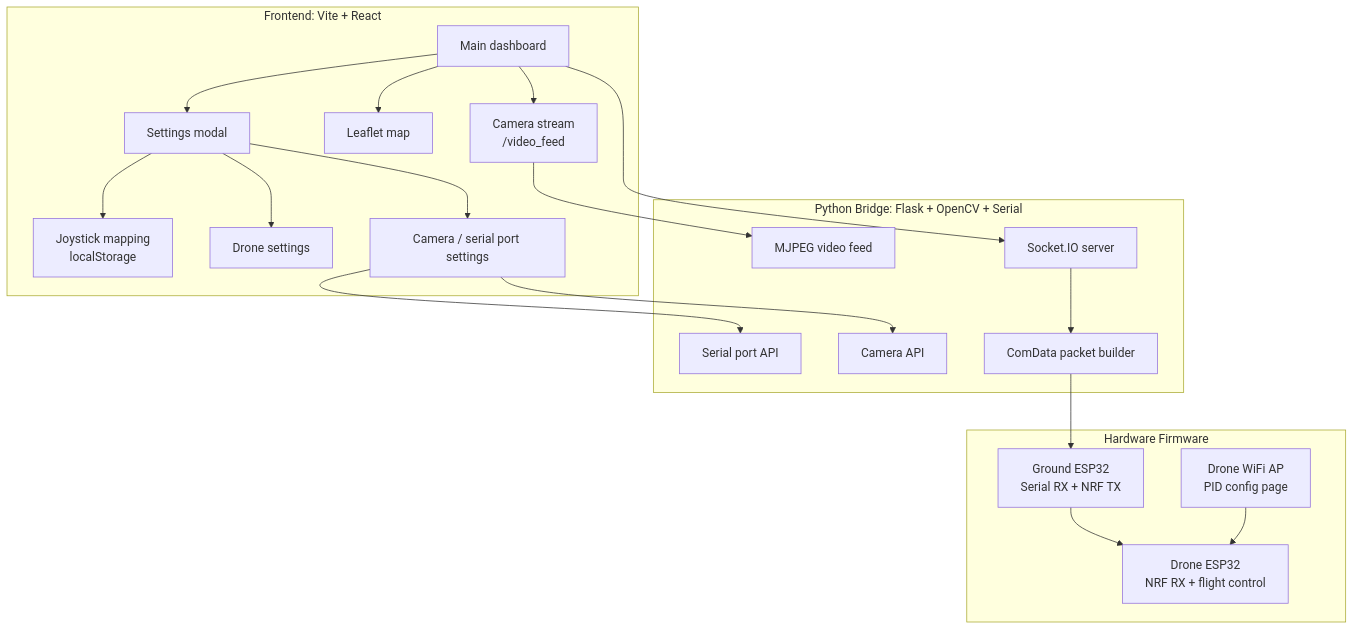
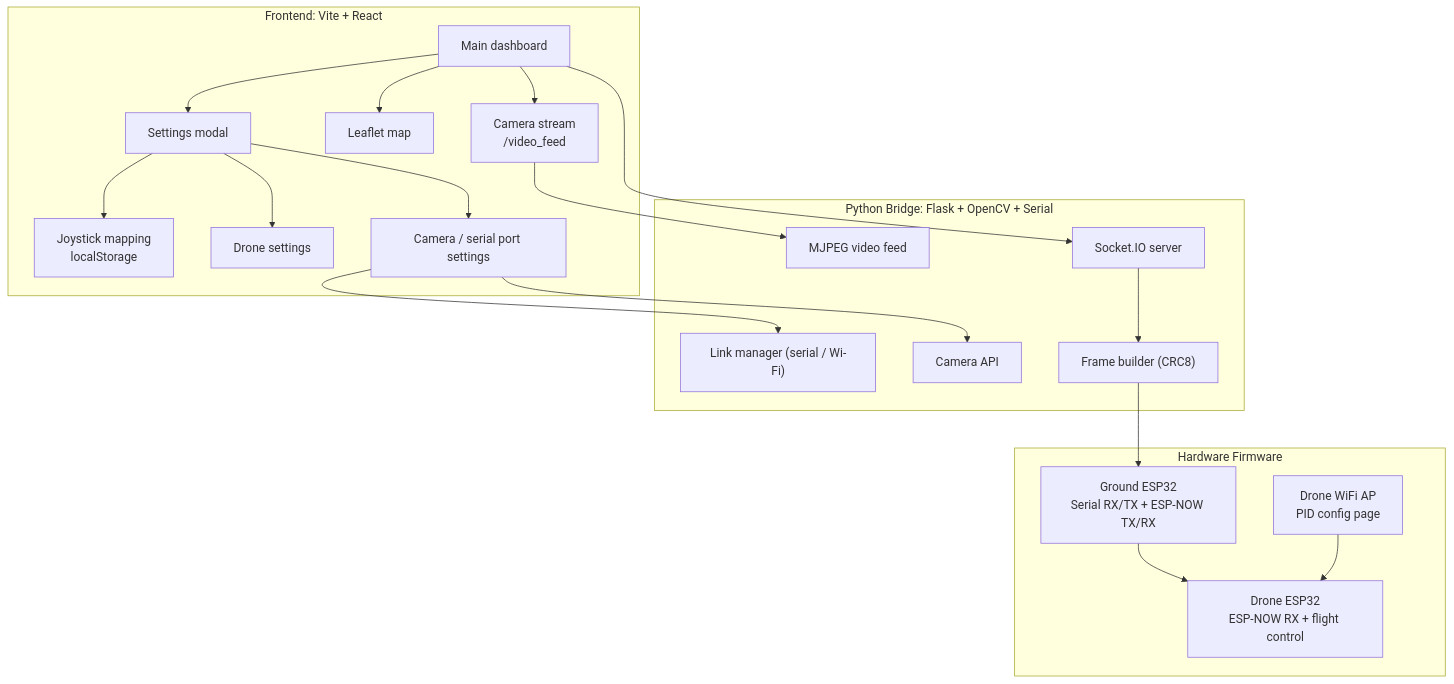
One commit to citycafe578/esp32Drone changed the second of 5 diagrams in docs/architecture.md. Above: the diagram before and after it, drawn with Mermaid. The commit also changed other lines of this file and 26 other files, not shown here.

````diff
--- a/docs/architecture.md
+++ b/docs/architecture.md
@@ -33,42 +33,42 @@
 ```mermaid
 flowchart TB
     subgraph Frontend["Frontend: Vite + React"]
         UI["Main dashboard"]
         CameraView["Camera stream<br/>/video_feed"]
         Map["Leaflet map"]
         Settings["Settings modal"]
         JoystickSettings["Joystick mapping<br/>localStorage"]
         DroneSettings["Drone settings"]
         OtherSettings["Camera / serial port settings"]
 
         UI --> CameraView
         UI --> Map
         UI --> Settings
         Settings --> JoystickSettings
         Settings --> DroneSettings
         Settings --> OtherSettings
     end
 
     subgraph Python["Python Bridge: Flask + OpenCV + Serial"]
         VideoFeed["MJPEG video feed"]
         SocketServer["Socket.IO server"]
-        PortApi["Serial port API"]
+        PortApi["Link manager (serial / Wi-Fi)"]
         CameraApi["Camera API"]
-        PacketBuilder["ComData packet builder"]
+        PacketBuilder["Frame builder (CRC8)"]
     end
 
     subgraph Hardware["Hardware Firmware"]
-        GroundTx["Ground ESP32<br/>Serial RX + NRF TX"]
-        DroneRx["Drone ESP32<br/>NRF RX + flight control"]
+        GroundTx["Ground ESP32<br/>Serial RX/TX + ESP-NOW TX/RX"]
+        DroneRx["Drone ESP32<br/>ESP-NOW RX + flight control"]
         WebPid["Drone WiFi AP<br/>PID config page"]
     end
 
     CameraView --> VideoFeed
     OtherSettings --> CameraApi
     OtherSettings --> PortApi
     UI --> SocketServer
     SocketServer --> PacketBuilder
     PacketBuilder --> GroundTx
     GroundTx --> DroneRx
     WebPid --> DroneRx
 ```
````
